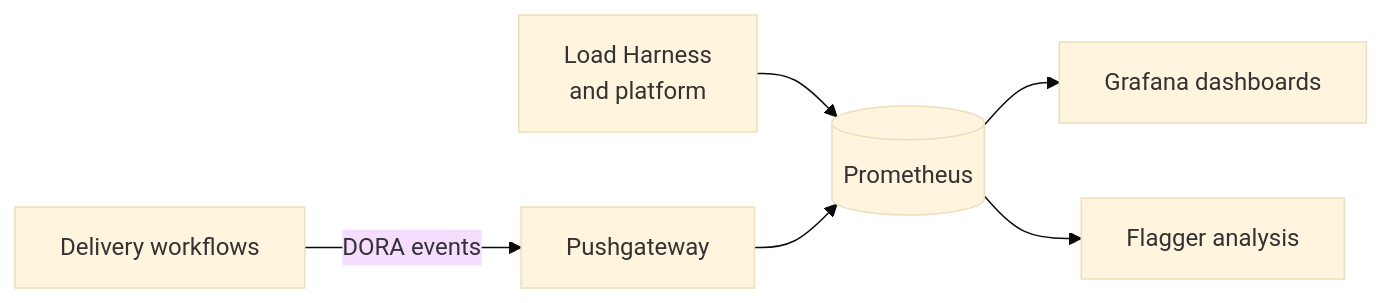
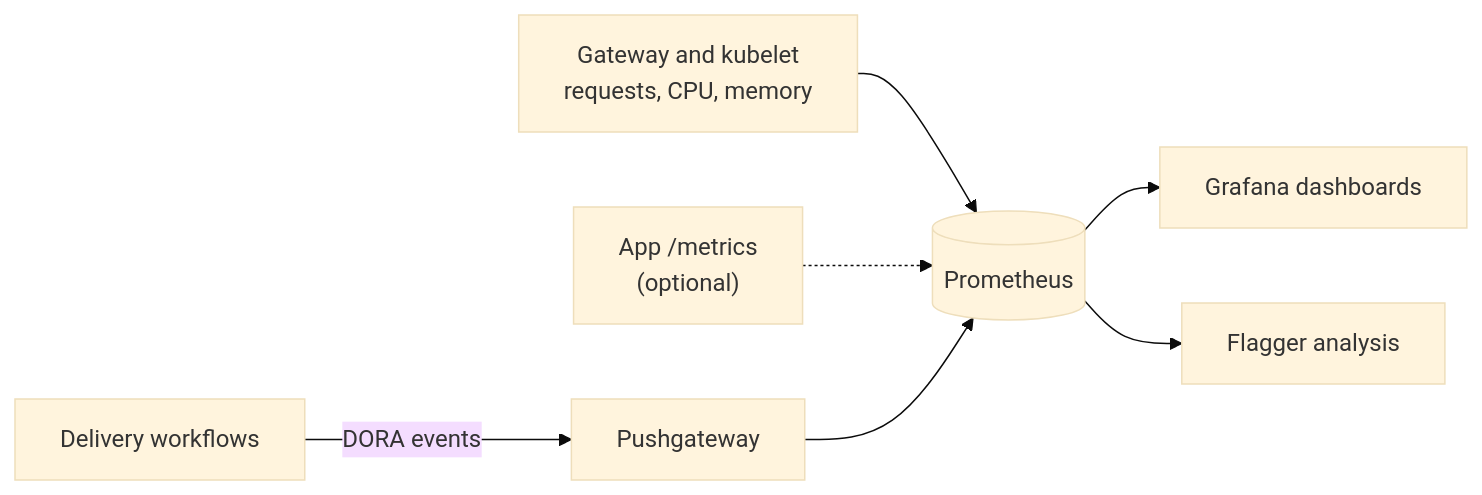
One commit to ImranAdan/infra-fleet-public changed the seventh of 8 diagrams in docs/ARCHITECTURE.md. Above: the diagram before and after it, drawn with Mermaid (base theme). The commit also changed other lines of this file and 11 other files, not shown here.

First line of the commit message:
docs: bring platform docs in line with the swappable app

````diff
--- a/docs/ARCHITECTURE.md
+++ b/docs/ARCHITECTURE.md
@@ -110,7 +129,8 @@
 ```mermaid
 flowchart LR
-    App["Load Harness<br/>and platform"] --> Prometheus[("Prometheus")]
+    Gateway["Gateway and kubelet<br/>requests, CPU, memory"] --> Prometheus[("Prometheus")]
+    App["App /metrics<br/>(optional)"] -.-> Prometheus
     Delivery["Delivery workflows"] -->|DORA events| Pushgateway["Pushgateway"] --> Prometheus
     Prometheus --> Grafana["Grafana dashboards"]
     Prometheus --> Flagger["Flagger analysis"]
 ```
````
